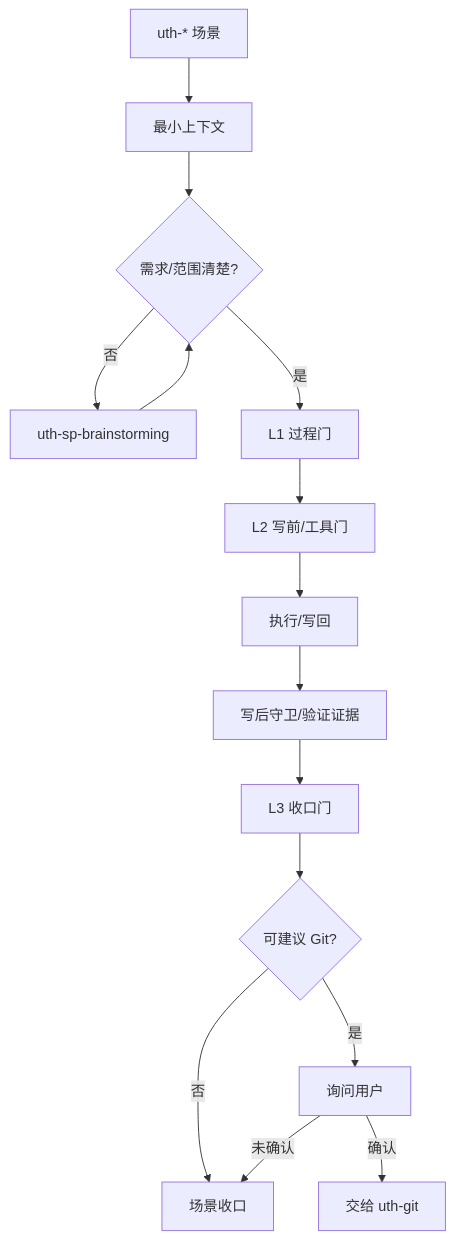
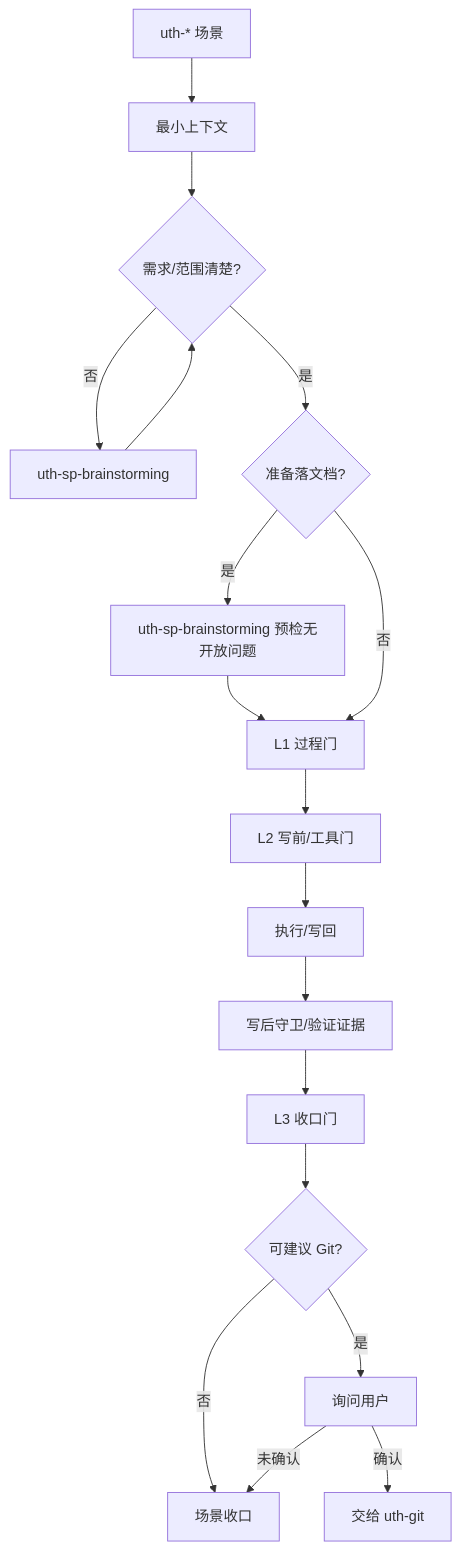
Before and after one commit to undertaker33/uth-governance: the third of 8 diagrams in docs/FLOW_全链路流程图.md, drawn with Mermaid. The commit also changed other lines of this file and 28 other files, not shown here.

````diff
--- a/docs/FLOW_全链路流程图.md
+++ b/docs/FLOW_全链路流程图.md
@@ -46,17 +46,20 @@
 ```mermaid
 flowchart TD
     A["uth-* 场景"] --> B["最小上下文"]
     B --> C{"需求/范围清楚?"}
     C -- "否" --> D["uth-sp-brainstorming"]
     D --> C
-    C -- "是" --> E["L1 过程门"]
+    C -- "是" --> C2{"准备落文档?"}
+    C2 -- "是" --> D2["uth-sp-brainstorming 预检无开放问题"]
+    D2 --> E["L1 过程门"]
+    C2 -- "否" --> E
     E --> F["L2 写前/工具门"]
     F --> G["执行/写回"]
     G --> H["写后守卫/验证证据"]
     H --> I["L3 收口门"]
     I --> J{"可建议 Git?"}
     J -- "否" --> K["场景收口"]
     J -- "是" --> L["询问用户"]
     L -- "未确认" --> K
     L -- "确认" --> M["交给 uth-git"]
 ```
````
